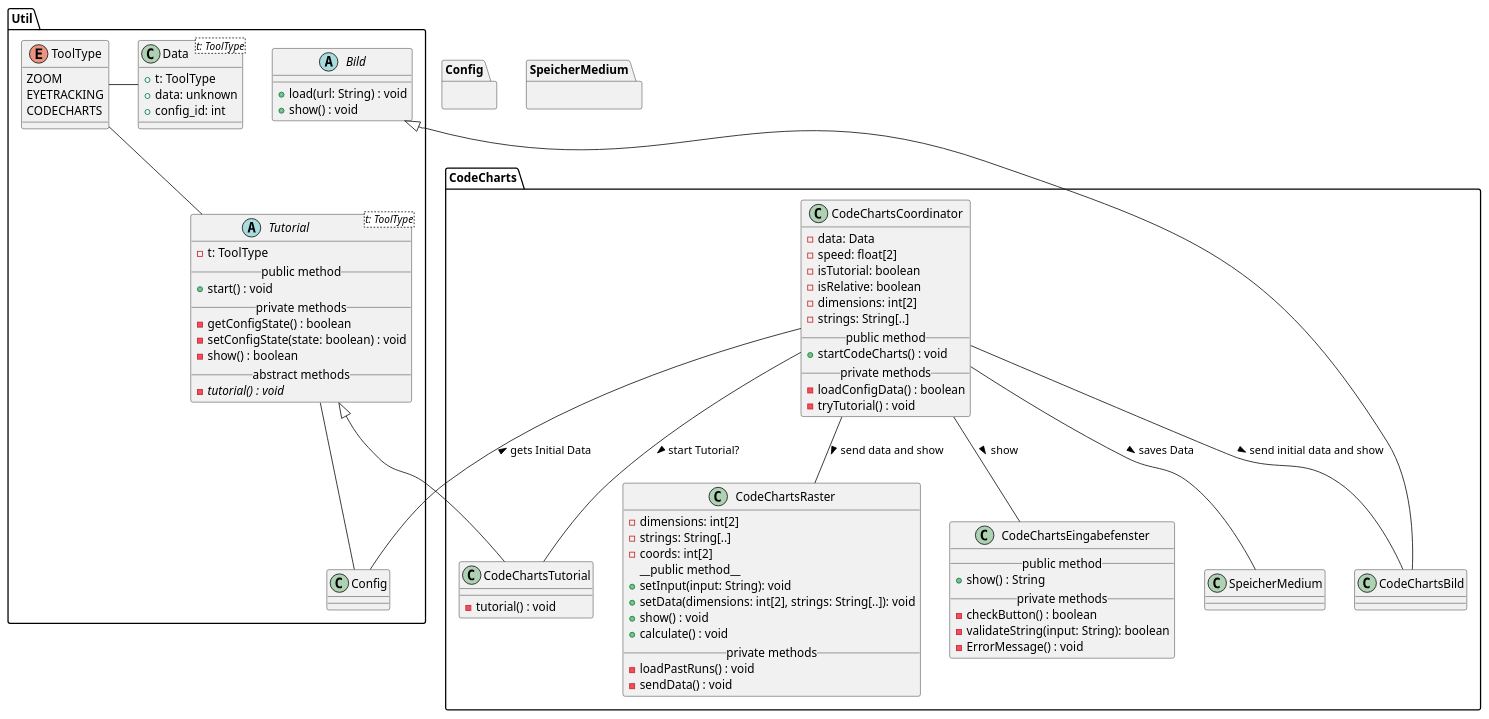
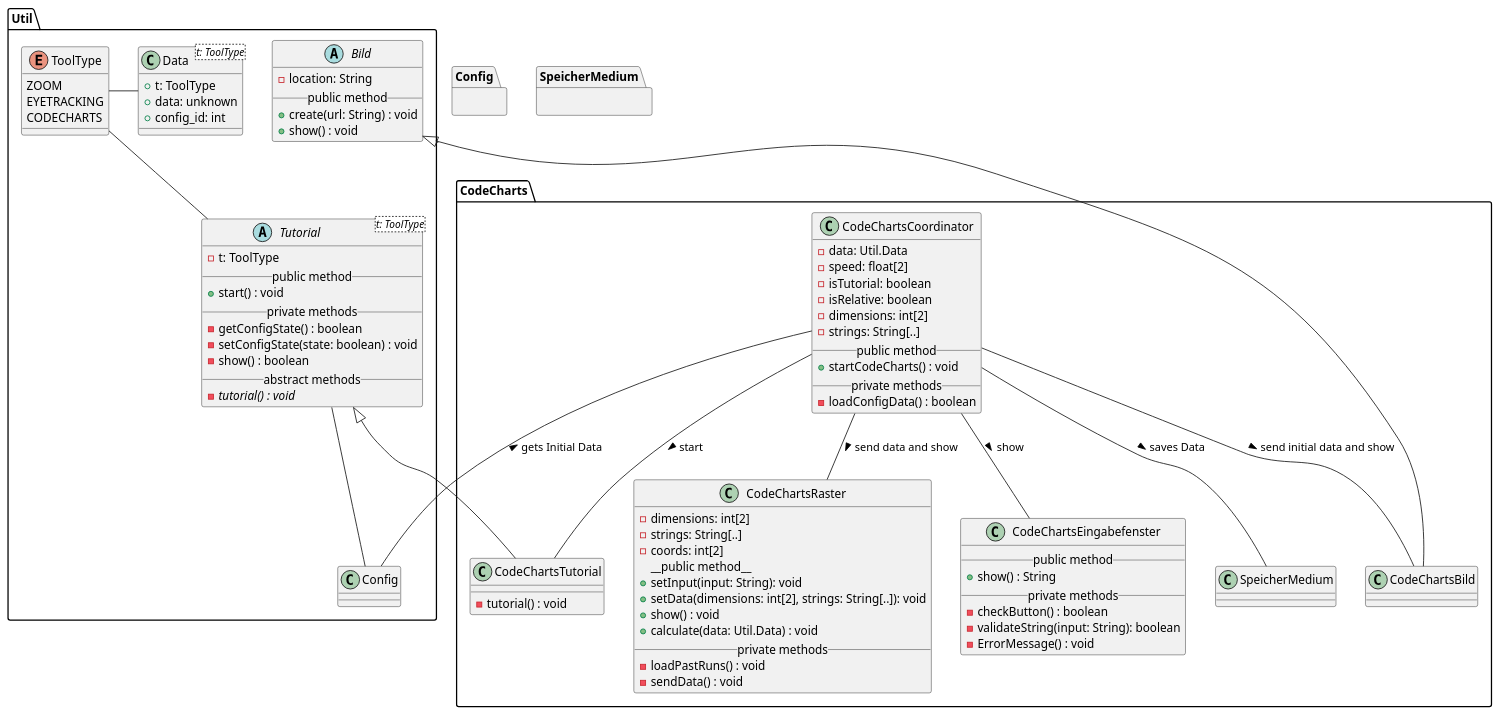
Before and after one commit to weichware10/meilensteine: the diagram in meilenstein_03/uml-code_charts/uml-code_charts.puml, drawn with PlantUML.

Commit message:
Bearbeitung letztes Meeting

```diff
--- a/meilenstein_03/uml-code_charts/uml-code_charts.puml
+++ b/meilenstein_03/uml-code_charts/uml-code_charts.puml
@@ -1,119 +1,120 @@
 @startuml code_charts
 ' skinparam backgroundColor transparent
 '() System #DA70D5
 top to bottom direction
 
 package Util {
     ' --- TUTORIAL ---
     abstract Tutorial<t: ToolType> {
       - t: ToolType
       __public method__
       + start() : void
       __private methods__
       - getConfigState() : boolean
       - setConfigState(state: boolean) : void
       - show() : boolean
       __abstract methods__
       - {abstract} tutorial() : void
     }
 
     enum ToolType {
       ZOOM
       EYETRACKING
       CODECHARTS
     }
 
     ' Interaktionen
     Tutorial -u- ToolType
     Data -r- ToolType
     Tutorial -d- Config
 
 
     ' --- BILD ---
 
     abstract Bild {
-      + load(url: String) : void
+      - location: String
+      __public method__
+      + create(url: String) : void
       + show() : void
     }
 
     class Data<t: ToolType> {
         + t: ToolType
         + data: unknown
         + config_id: int
     }
 }
 
 ' === CODE CHARTS ===
 package CodeCharts {
 
     ' CodeCharts Tutorial 
     class CodeChartsTutorial {
       - tutorial() : void
     }
   
     ' CodeCharts Coordinator
     class CodeChartsCoordinator {
-        - data: Data
+        - data: Util.Data
         - speed: float[2]
         - isTutorial: boolean
         - isRelative: boolean
         - dimensions: int[2]
         - strings: String[..]
         __public method__
         + startCodeCharts() : void
         __private methods__
         - loadConfigData() : boolean
-        - tryTutorial() : void
     }    
 
     ' CodeCharts Bild
     class CodeChartsBild {
     }
 
     ' CodeCharts Raster
     class CodeChartsRaster {
         - dimensions: int[2]
         - strings: String[..]
         - coords: int[2]
         __public method__ 
         + setInput(input: String): void
         + setData(dimensions: int[2], strings: String[..]): void
         + show() : void
-        + calculate() : void
+        + calculate(data: Util.Data) : void
         __private methods__
         - loadPastRuns() : void
         - sendData() : void
     }
 
     ' CodeCharts Eingabefenster
     class CodeChartsEingabefenster {
         __public method__
         + show() : String
         __private methods__
         - checkButton() : boolean
         - validateString(input: String): boolean
         - ErrorMessage() : void
     }
 
     ' Vererbungen
     Bild <|-d- CodeChartsBild
     Tutorial <|-d- CodeChartsTutorial
 
     ' Interaktionen 
     CodeChartsCoordinator -- CodeChartsBild : > send initial data and show
     CodeChartsCoordinator -- CodeChartsRaster : > send data and show
     CodeChartsCoordinator -- CodeChartsEingabefenster : > show
-    CodeChartsCoordinator -- CodeChartsTutorial : > start Tutorial?
+    CodeChartsCoordinator -- CodeChartsTutorial : > start
 
     ' Andere Module
     CodeChartsCoordinator -- SpeicherMedium : > saves Data
     CodeChartsCoordinator -- Config : < gets Initial Data
   
 }
 
 ' Blackboxen / Andere Module
 package Config {}
 
 package SpeicherMedium {}
 
 @enduml
```
